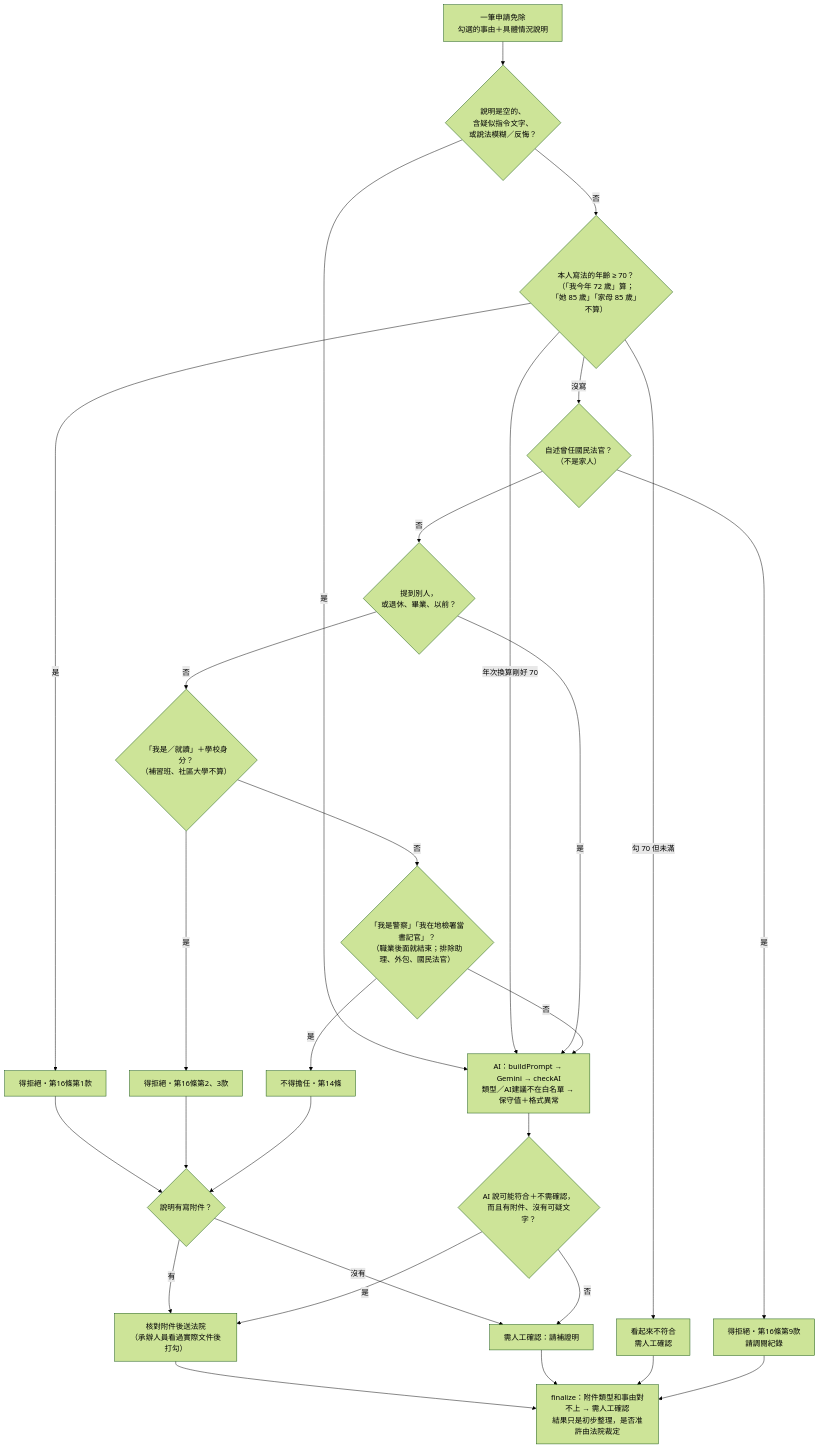
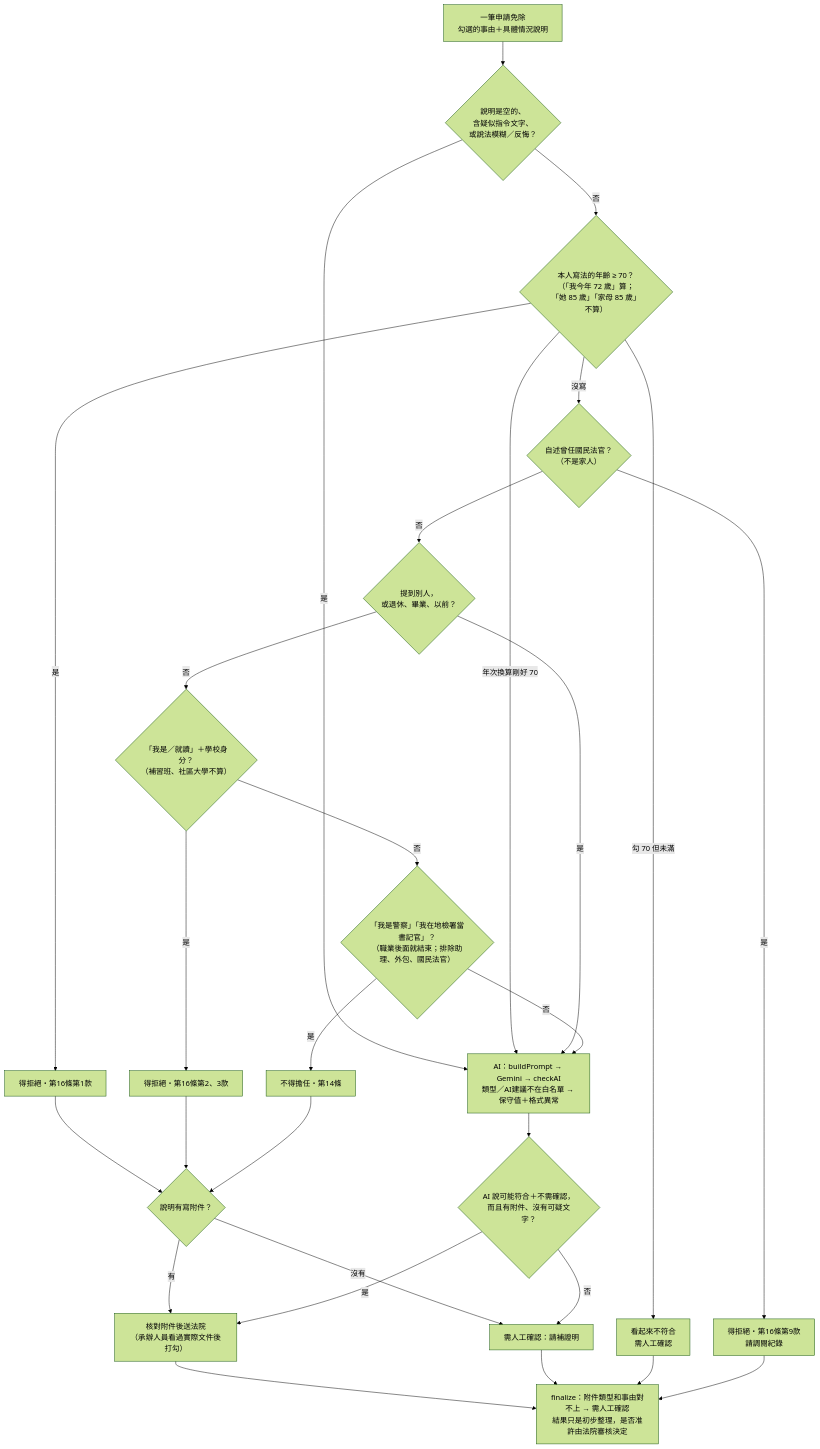
One commit to ammieliu-jpg/juror-preview changed the third of 6 diagrams in docs/ARCHITECTURE.md. Above: the diagram before and after it, drawn with Mermaid (forest theme). The commit also changed other lines of this file and 9 other files, not shown here.

````diff
--- a/docs/ARCHITECTURE.md
+++ b/docs/ARCHITECTURE.md
@@ -117,29 +117,29 @@
 ```mermaid
 flowchart TD
   A["一筆申請免除<br/>勾選的事由＋具體情況說明"] --> B{"說明是空的、<br/>含疑似指令文字、<br/>或說法模糊／反悔？"}
   B -->|是| AI
   B -->|否| C{"本人寫法的年齡 ≥ 70？<br/>（「我今年 72 歲」算；<br/>「她 85 歲」「家母 85 歲」不算）"}
   C -->|是| R1["得拒絕・第16條第1款"]
   C -->|"勾 70 但未滿"| R0["看起來不符合<br/>需人工確認"]
   C -->|"年次換算剛好 70"| AI
   C -->|沒寫| G{"自述曾任國民法官？<br/>（不是家人）"}
   G -->|是| R4["得拒絕・第16條第9款<br/>請調閱紀錄"]
   G -->|否| D{"提到別人，<br/>或退休、畢業、以前？"}
   D -->|是| AI
   D -->|否| E{"「我是／就讀」＋學校身分？<br/>（補習班、社區大學不算）"}
   E -->|是| R2["得拒絕・第16條第2、3款"]
   E -->|否| F{"「我是警察」「我在地檢署當書記官」？<br/>（職業後面就結束；排除助理、外包、國民法官）"}
   F -->|是| R3["不得擔任・第14條"]
   F -->|否| AI
 
   AI["AI：buildPrompt → Gemini → checkAI<br/>類型／AI建議不在白名單 → 保守值＋格式異常"]
 
   R1 & R2 & R3 --> P{"說明有寫附件？"}
   P -->|有| OK["核對附件後送法院<br/>（承辦人員看過實際文件後打勾）"]
   P -->|沒有| NEED["需人工確認：請補證明"]
   AI --> H{"AI 說可能符合＋不需確認，<br/>而且有附件、沒有可疑文字？"}
   H -->|是| OK
   H -->|否| NEED
 
-  OK & NEED & R0 & R4 --> Z["finalize：附件類型和事由對不上 → 需人工確認<br/>結果只是初步整理，是否准許由法院裁定"]
+  OK & NEED & R0 & R4 --> Z["finalize：附件類型和事由對不上 → 需人工確認<br/>結果只是初步整理，是否准許由法院審核決定"]
 ```
````
